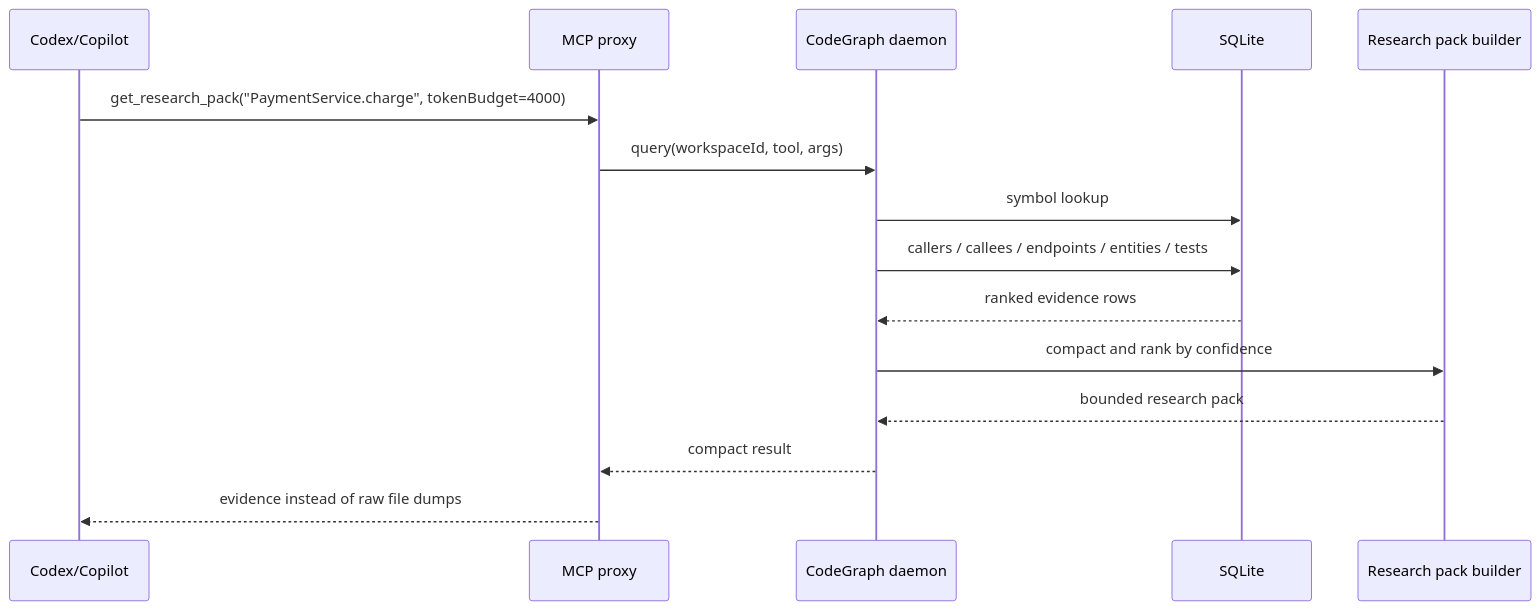
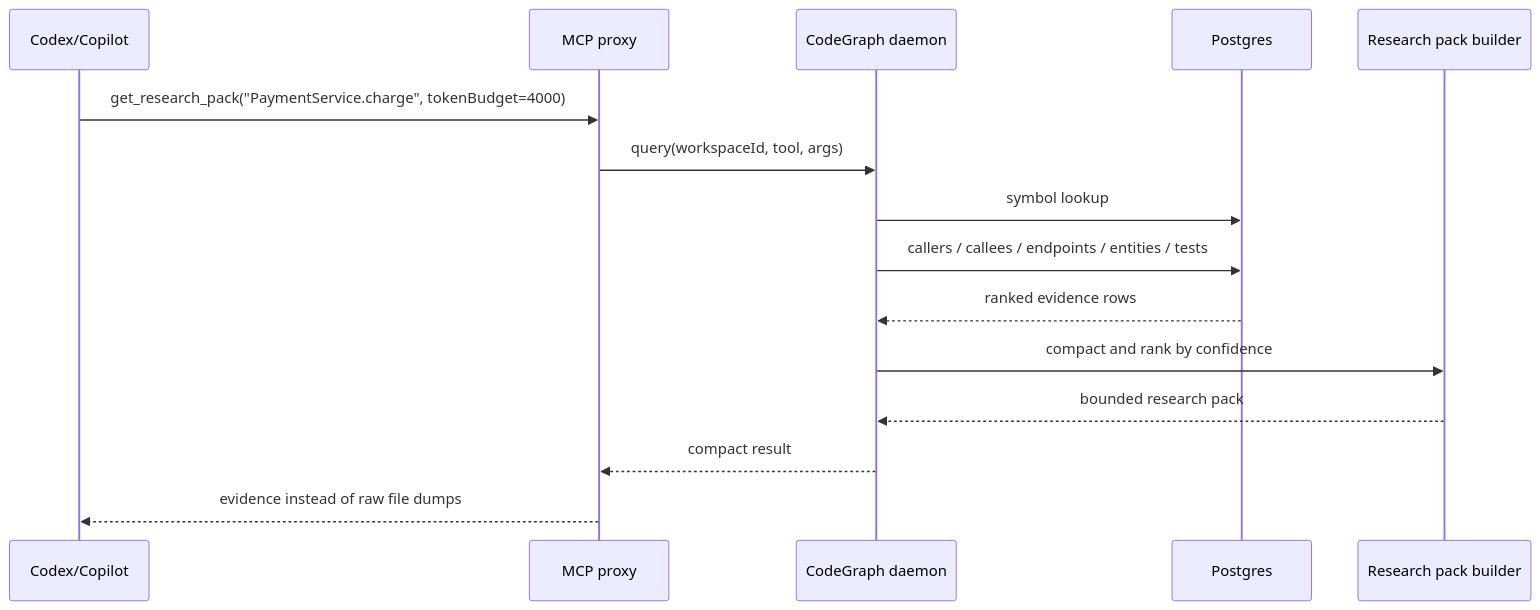
Before and after one commit to vndkubi/code-graph: the third of 4 diagrams in README.md, drawn with Mermaid. The commit also changed other lines of this file and 27 other files, not shown here.

````diff
--- a/README.md
+++ b/README.md
@@ -1142,18 +1157,18 @@
 ```mermaid
 sequenceDiagram
   participant Agent as Codex/Copilot
   participant MCP as MCP proxy
   participant Daemon as CodeGraph daemon
-  participant DB as SQLite
+  participant DB as Postgres
   participant Pack as Research pack builder
 
   Agent->>MCP: get_research_pack("PaymentService.charge", tokenBudget=4000)
   MCP->>Daemon: query(workspaceId, tool, args)
   Daemon->>DB: symbol lookup
   Daemon->>DB: callers / callees / endpoints / entities / tests
   DB-->>Daemon: ranked evidence rows
   Daemon->>Pack: compact and rank by confidence
   Pack-->>Daemon: bounded research pack
   Daemon-->>MCP: compact result
   MCP-->>Agent: evidence instead of raw file dumps
 ```
````
